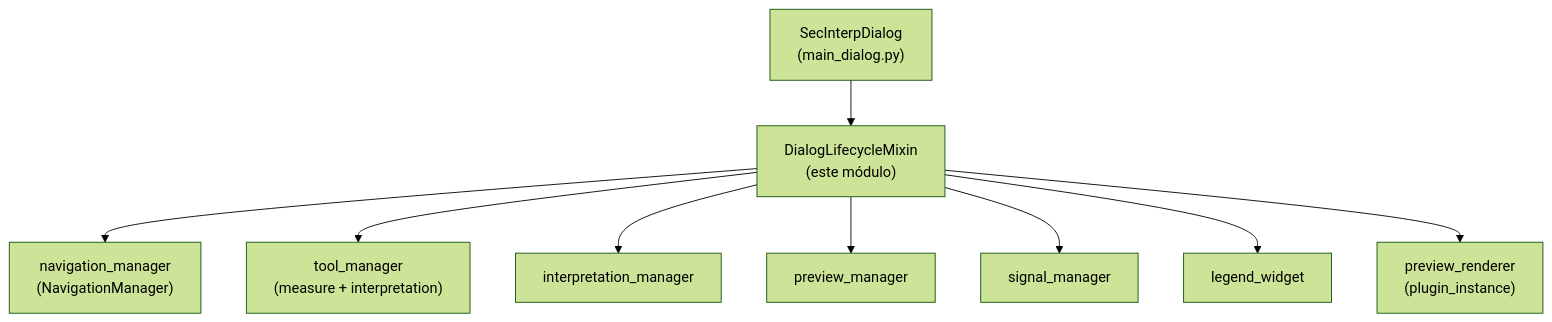
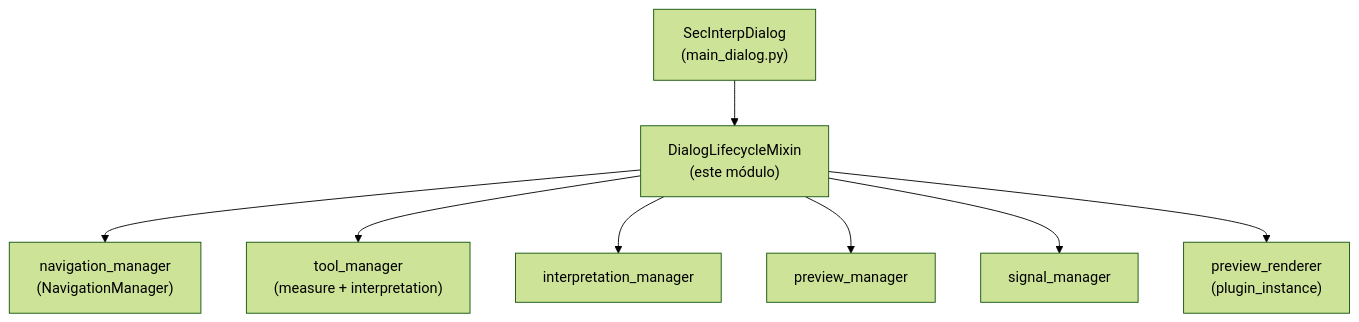
Before and after one commit to geociencio/sec_interp: the diagram in docs/code_walkthrough_v2/dialog_lifecycle_mixin.md, drawn with Mermaid (forest theme). The commit also changed other lines of this file and 365 other files, not shown here.

````diff
--- a/docs/code_walkthrough_v2/dialog_lifecycle_mixin.md
+++ b/docs/code_walkthrough_v2/dialog_lifecycle_mixin.md
@@ -47,21 +47,19 @@
 ```mermaid
 graph TD
     DLG["SecInterpDialog<br/>(main_dialog.py)"]
     LC["DialogLifecycleMixin<br/>(este módulo)"]
     NAV["navigation_manager<br/>(NavigationManager)"]
     TM["tool_manager<br/>(measure + interpretation)"]
     IM2["interpretation_manager"]
     PM2["preview_manager"]
     SM2["signal_manager"]
-    LG["legend_widget"]
     RND["preview_renderer<br/>(plugin_instance)"]
 
     DLG --> LC
     LC --> NAV
     LC --> TM
     LC --> IM2
     LC --> PM2
     LC --> SM2
-    LC --> LG
     LC --> RND
 ```
````
